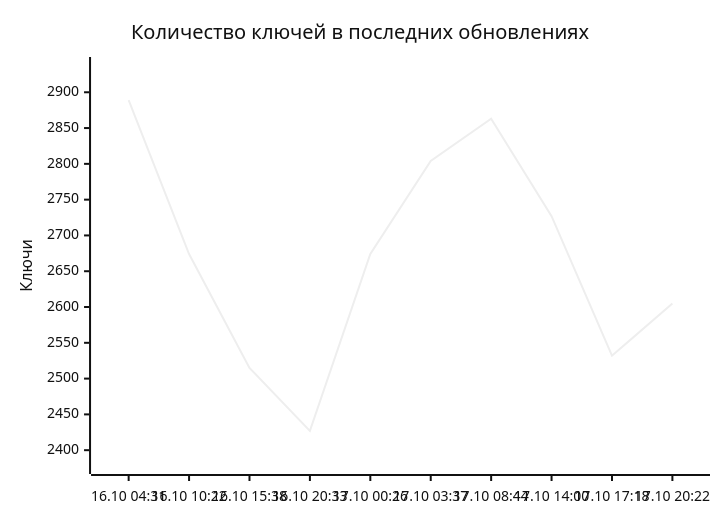
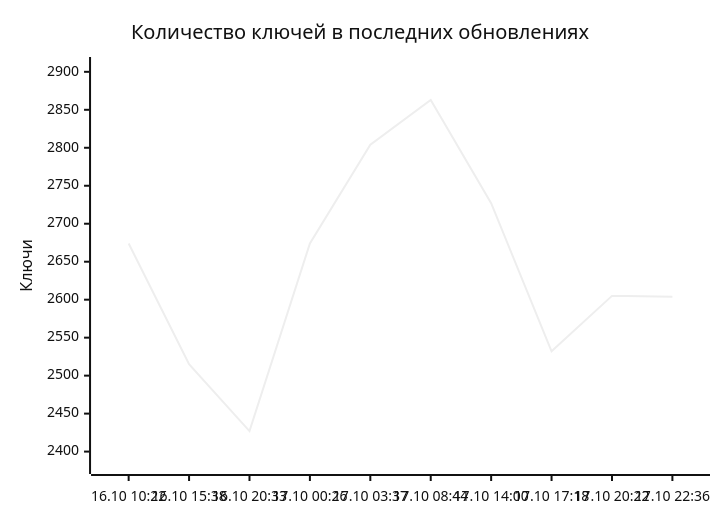
One commit to markKikhtenko/WireVeil changed the diagram in README.md. Above: the diagram before and after it, drawn with Mermaid (neutral theme). The commit also changed other lines of this file and 12 other files, not shown here.

````diff
--- a/README.md
+++ b/README.md
@@ -55,7 +55,7 @@
 ```mermaid
 xychart-beta
     title "Количество ключей в последних обновлениях"
-    x-axis ["16.10 04:31", "16.10 10:22", "16.10 15:38", "16.10 20:33", "17.10 00:26", "17.10 03:37", "17.10 08:44", "17.10 14:00", "17.10 17:18", "17.10 20:22"]
-    y-axis "Ключи" 2380 --> 2936
-    line [2889, 2674, 2515, 2427, 2674, 2804, 2863, 2727, 2532, 2605]
+    x-axis ["16.10 10:22", "16.10 15:38", "16.10 20:33", "17.10 00:26", "17.10 03:37", "17.10 08:44", "17.10 14:00", "17.10 17:18", "17.10 20:22", "17.10 22:36"]
+    y-axis "Ключи" 2383 --> 2907
+    line [2674, 2515, 2427, 2674, 2804, 2863, 2727, 2532, 2605, 2604]
 ```
````
